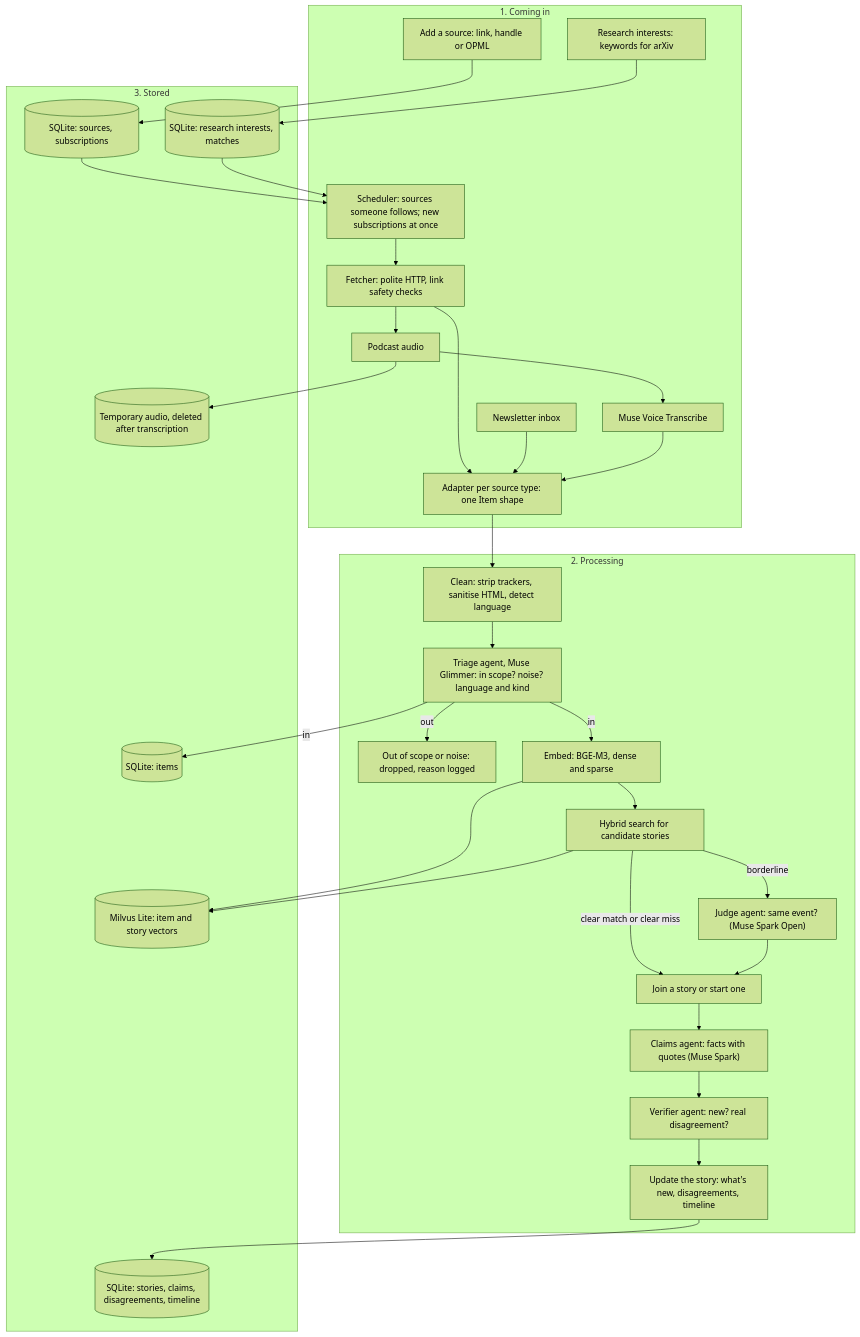
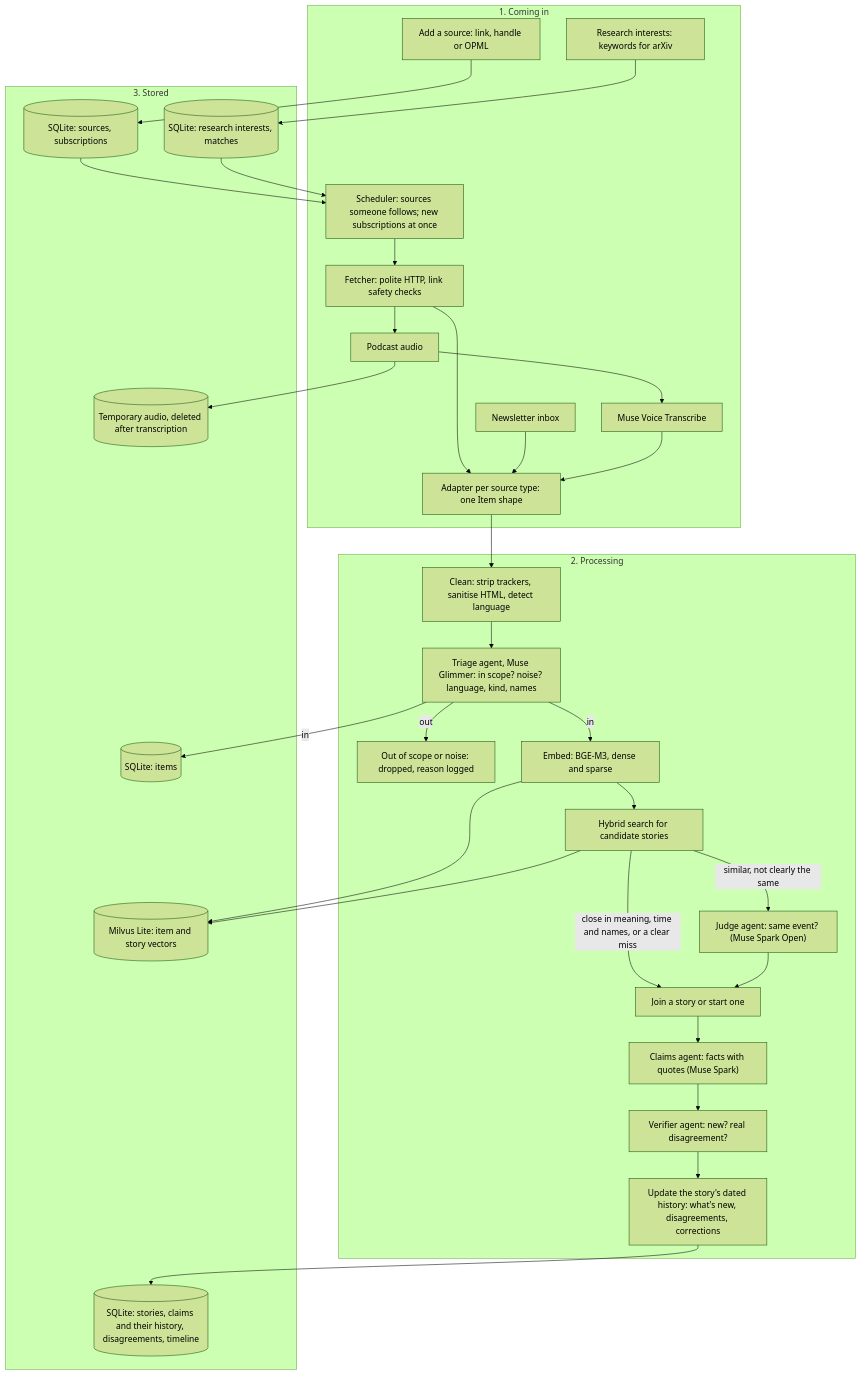
Before and after one commit to ThivaV/OSMS: the third of 8 diagrams in docs/architecture.md, drawn with Mermaid (forest theme). The commit also changed other lines of this file and 40 other files, not shown here.

````diff
--- a/docs/architecture.md
+++ b/docs/architecture.md
@@ -112,62 +113,62 @@
 ```mermaid
 flowchart TB
     subgraph incoming["1. Coming in"]
         add["Add a source: link, handle or OPML"]
         interest["Research interests: keywords for arXiv"]
         sched["Scheduler: sources someone follows; new subscriptions at once"]
         fetch["Fetcher: polite HTTP, link safety checks"]
         adapt["Adapter per source type: one Item shape"]
         inbox["Newsletter inbox"]
         audio["Podcast audio"]
         stt["Muse Voice Transcribe"]
     end
 
     subgraph processing["2. Processing"]
         clean["Clean: strip trackers, sanitise HTML, detect language"]
-        triage["Triage agent, Muse Glimmer: in scope? noise? language and kind"]
+        triage["Triage agent, Muse Glimmer: in scope? noise? language, kind, names"]
         dropped["Out of scope or noise: dropped, reason logged"]
         embed["Embed: BGE-M3, dense and sparse"]
         search["Hybrid search for candidate stories"]
         judge["Judge agent: same event? (Muse Spark Open)"]
         assign["Join a story or start one"]
         claims["Claims agent: facts with quotes (Muse Spark)"]
         verify["Verifier agent: new? real disagreement?"]
-        update["Update the story: what's new, disagreements, timeline"]
+        update["Update the story's dated history: what's new, disagreements, corrections"]
     end
 
     subgraph stored["3. Stored"]
         db_sources[("SQLite: sources, subscriptions")]
         db_interests[("SQLite: research interests, matches")]
         db_items[("SQLite: items")]
-        db_stories[("SQLite: stories, claims, disagreements, timeline")]
+        db_stories[("SQLite: stories, claims and their history, disagreements, timeline")]
         vec[("Milvus Lite: item and story vectors")]
         tmp[("Temporary audio, deleted after transcription")]
     end
 
     add --> db_sources
     interest --> db_interests
     db_sources --> sched
     db_interests --> sched
     sched --> fetch
     fetch --> adapt
     inbox --> adapt
     fetch --> audio
     audio --> tmp
     audio --> stt
     stt --> adapt
     adapt --> clean
     clean --> triage
     triage -->|"out"| dropped
     triage -->|"in"| db_items
     triage -->|"in"| embed
     embed --> vec
     embed --> search
     search --> vec
-    search -->|"clear match or clear miss"| assign
-    search -->|"borderline"| judge
+    search -->|"close in meaning, time and names, or a clear miss"| assign
+    search -->|"similar, not clearly the same"| judge
     judge --> assign
     assign --> claims
     claims --> verify
     verify --> update
     update --> db_stories
 ```
````
